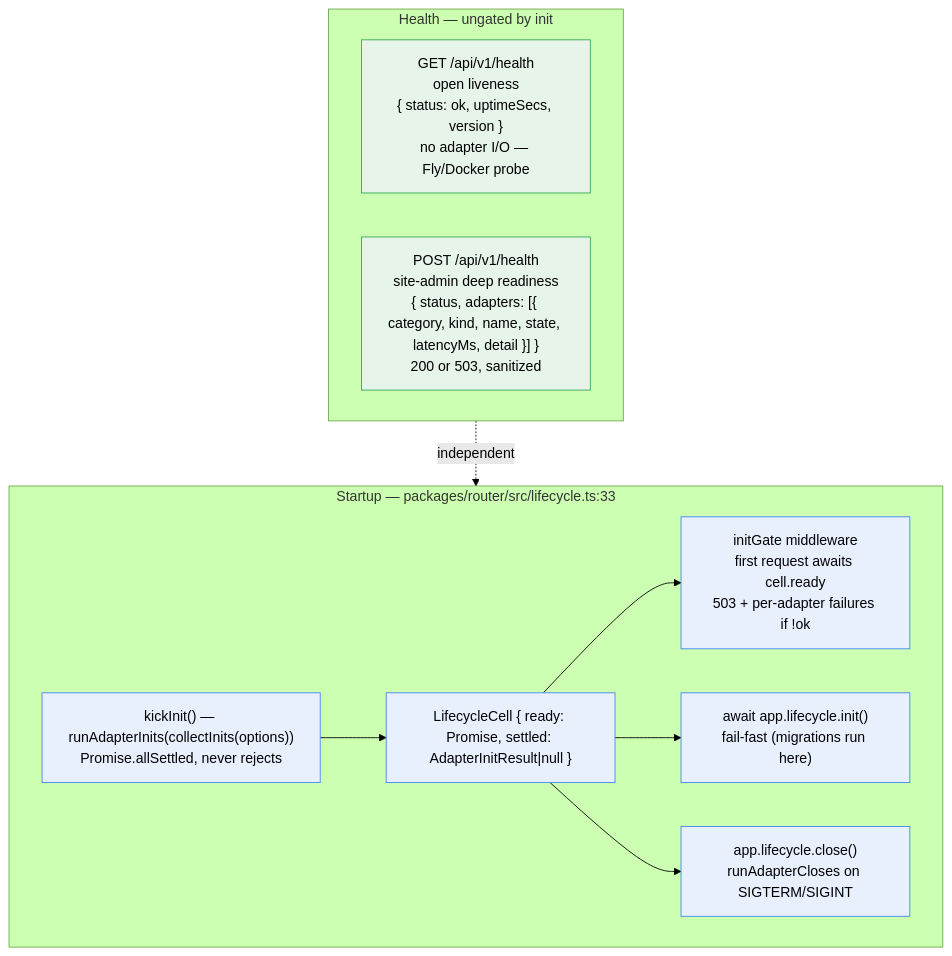
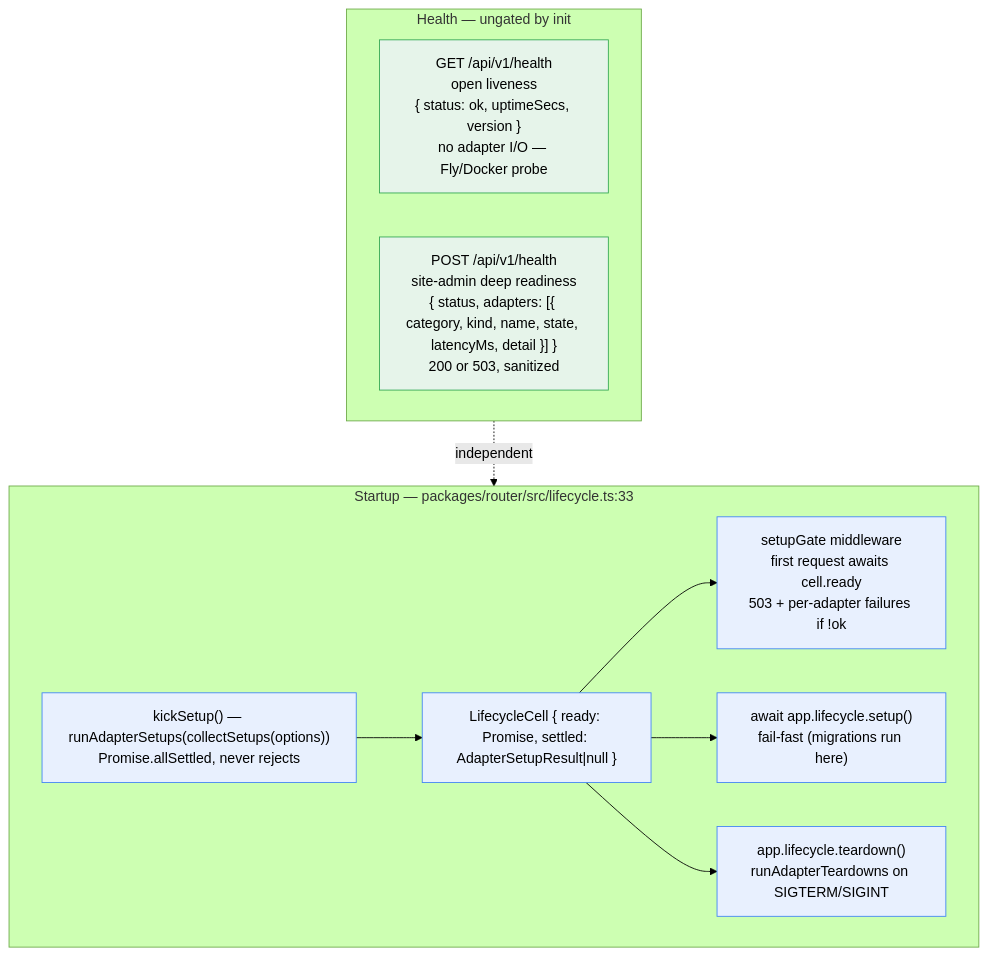
One commit to GuptaSiddhant/StoryShelf changed diagram 13 of 18 in docs/architecture-diagrams.md. Above: the diagram before and after it, drawn with Mermaid (forest theme). The commit also changed other lines of this file and 39 other files, not shown here.

First line of the commit message:
refactor: mandatory all-or-nothing AdapterLifecycle (setup/teardown/health)

````diff
--- a/docs/architecture-diagrams.md
+++ b/docs/architecture-diagrams.md
@@ -733,25 +733,25 @@
 ```mermaid
 flowchart TB
     subgraph Init["Startup — packages/router/src/lifecycle.ts:33"]
-        kick["kickInit() — runAdapterInits(collectInits(options))<br/>Promise.allSettled, never rejects"]
-        cell["LifecycleCell { ready: Promise, settled: AdapterInitResult|null }"]
-        awaitInit["await app.lifecycle.init()<br/>fail-fast (migrations run here)"]
-        gate2["initGate middleware<br/>first request awaits cell.ready<br/>503 + per-adapter failures if !ok"]
-        close["app.lifecycle.close()<br/>runAdapterCloses on SIGTERM/SIGINT"]
+        kick["kickSetup() — runAdapterSetups(collectSetups(options))<br/>Promise.allSettled, never rejects"]
+        cell["LifecycleCell { ready: Promise, settled: AdapterSetupResult|null }"]
+        awaitInit["await app.lifecycle.setup()<br/>fail-fast (migrations run here)"]
+        gate2["setupGate middleware<br/>first request awaits cell.ready<br/>503 + per-adapter failures if !ok"]
+        close["app.lifecycle.teardown()<br/>runAdapterTeardowns on SIGTERM/SIGINT"]
     end
 
     subgraph Health["Health — ungated by init"]
         liveness["GET /api/v1/health<br/>open liveness<br/>{ status: ok, uptimeSecs, version }<br/>no adapter I/O — Fly/Docker probe"]
         readiness["POST /api/v1/health<br/>site-admin deep readiness<br/>{ status, adapters: [{ category, kind, name, state, latencyMs, detail }] }<br/>200 or 503, sanitized"]
     end
 
     kick --> cell --> gate2
     cell --> awaitInit
     cell --> close
     Health -. independent .-> Init
 
     classDef init fill:#e8f0fe,stroke:#4285f4;
     classDef health fill:#e6f4ea,stroke:#34a853;
     class kick,cell,awaitInit,gate2,close init;
     class liveness,readiness health;
 ```
````
